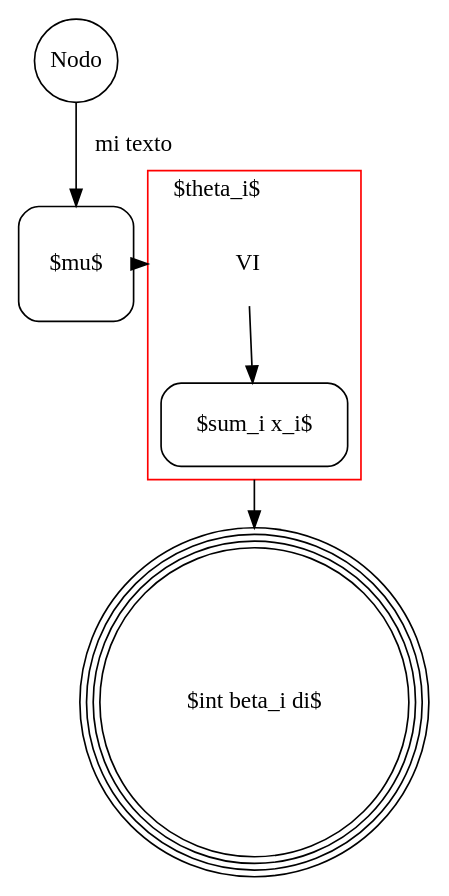
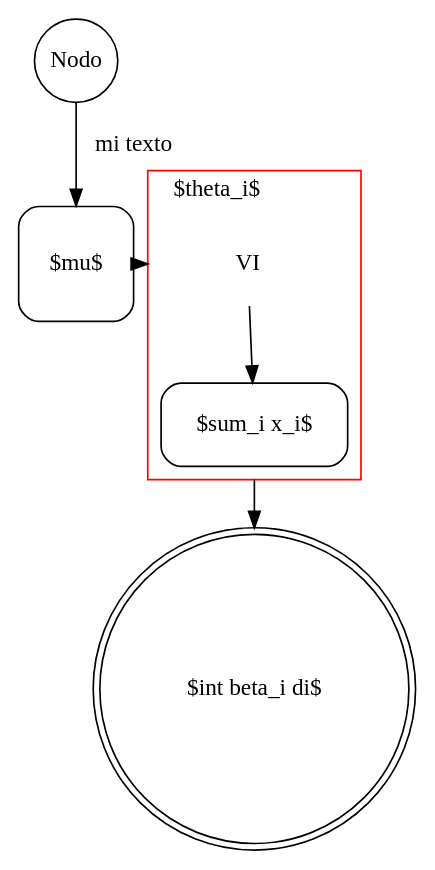
Before and after one commit to santiagoalonso/Cognicion-Bayesiana: the diagram in Notebooks_Slides/img/4_CB/tutorial_dot.gv, drawn with Graphviz. The commit also changed 558 other files, not shown here.

```diff
--- a/Notebooks_Slides/img/4_CB/tutorial_dot.gv
+++ b/Notebooks_Slides/img/4_CB/tutorial_dot.gv
@@ -1,1 +1,1 @@
-digraph G {                     node[margin=0.2, shape=rectangle,                          style = rounded,                          width=0.8, height = .7];                     compound=true;                     newrank=true;                     d -> e [label=" mi texto "];                     subgraph cluster0{                        label = " ";                        label = "$theta_i$";                        labeljust = "l";  color = "red";                        f;                        g;                     };                     e -> f [lhead = cluster0, label="  "];                     f -> g;                     g -> h [ltail = cluster0];                     { rank=same; f; e};                     d [label = "Nodo", fixedsize=true, width=0.5,                                 shape = circle];                     e [label = "$mu$", shape = square,                                  width = 0.6 ];                     f [label = "VI", shape = plaintext];                     g [label = "$sum_i x_i$"];                     h [label = "$int beta_i di$",                                  shape = circle, peripheries = 4];                     }
+digraph G {                     node[margin=0.2, shape=rectangle,                          style = rounded,                          width=0.8, height = 0.7];                     compound=true;                     newrank=true;                     d -> e [label=" mi texto "];                     subgraph cluster0{                        label = " ";                        label = "$theta_i$";                        labeljust = "l";  color = "red";                        f;                        g;                     };                     e -> f [lhead = cluster0, label="  "];                     f -> g;                     g -> h [ltail = cluster0];                     { rank=same; f; e};                     d [label = "Nodo", fixedsize=true, width=0.5,                                 shape = circle];                     e [label = "$mu$", shape = square,                                  width = 0.6 ];                     f [label = "VI", shape = plaintext];                     g [label = "$sum_i x_i$"];                     h [label = "$int beta_i di$",                                  shape = circle, peripheries = 2];                     }
```
